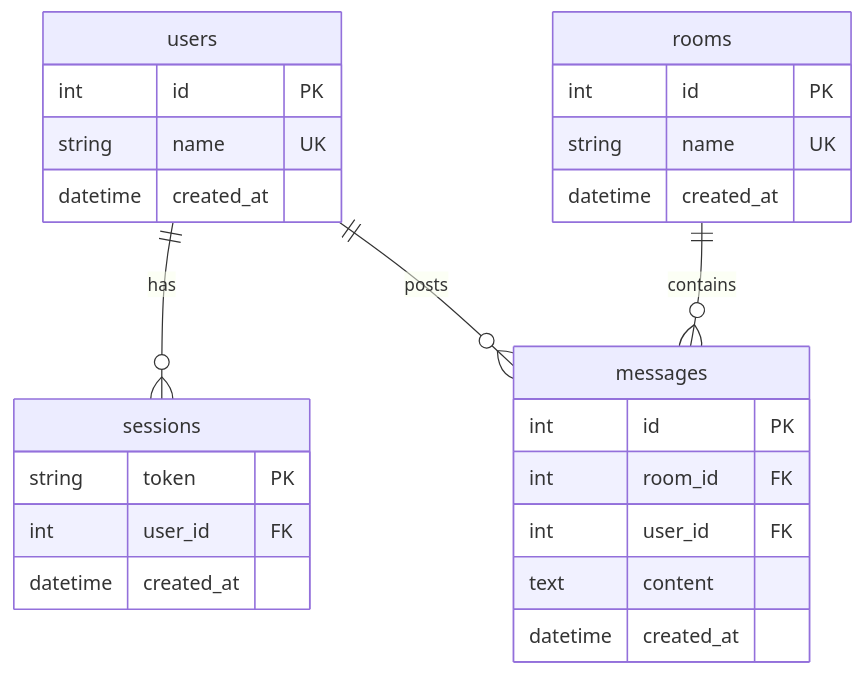
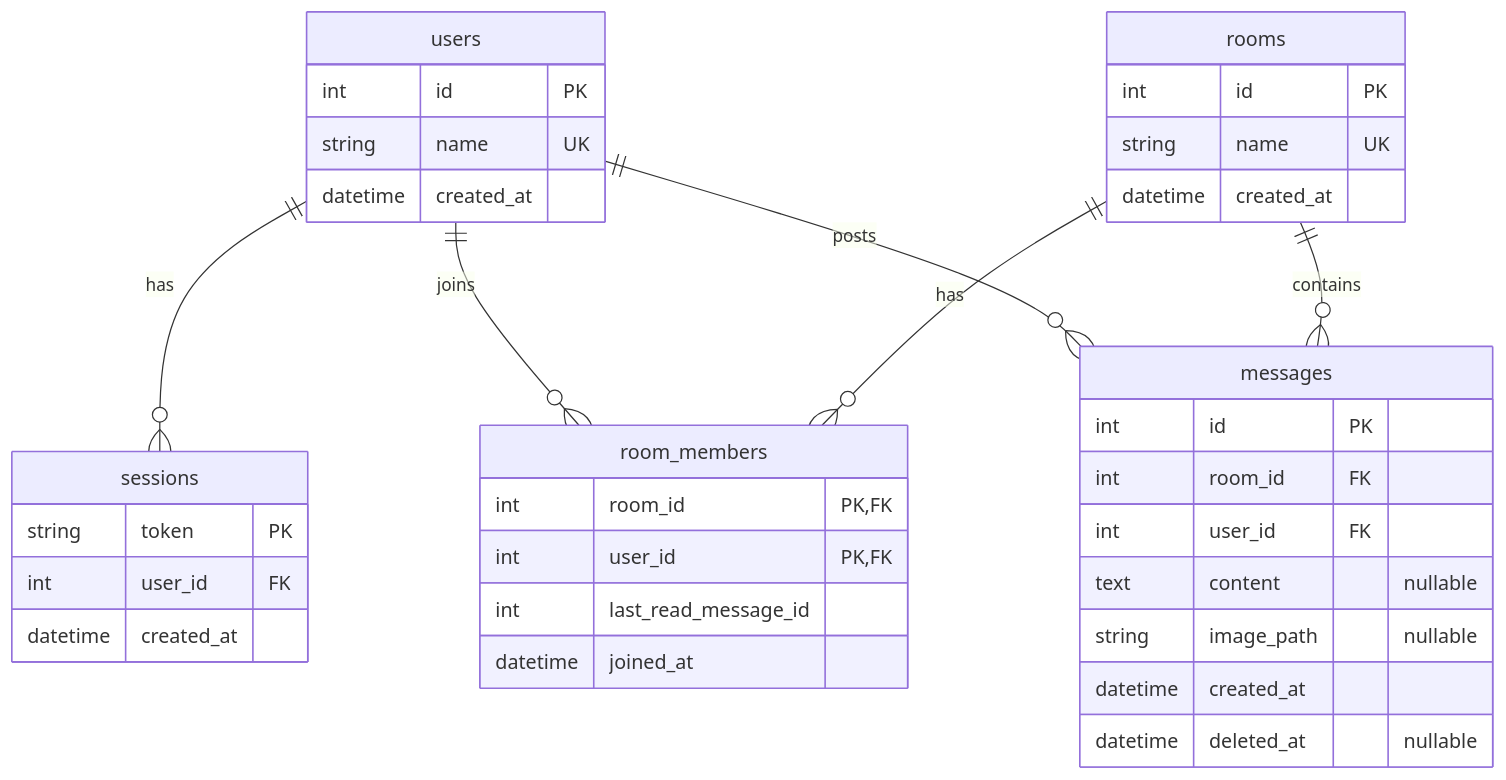
One commit to kakeru64-wq/Simple-Chat-App changed the diagram in README.md. Above: the diagram before and after it, drawn with Mermaid. The commit also changed other lines of this file and 42 other files, not shown here.

First line of the commit message:
Add membership, unread counts, message deletion and image messages

````diff
--- a/README.md
+++ b/README.md
@@ -119,29 +137,39 @@
 ```mermaid
 erDiagram
     users ||--o{ sessions : has
+    users ||--o{ room_members : joins
+    rooms ||--o{ room_members : has
     users ||--o{ messages : posts
     rooms ||--o{ messages : contains
 
     users {
         int id PK
         string name UK
         datetime created_at
     }
     sessions {
         string token PK
         int user_id FK
         datetime created_at
     }
     rooms {
         int id PK
         string name UK
         datetime created_at
     }
+    room_members {
+        int room_id PK, FK
+        int user_id PK, FK
+        int last_read_message_id
+        datetime joined_at
+    }
     messages {
         int id PK
         int room_id FK
         int user_id FK
-        text content
+        text content "nullable"
+        string image_path "nullable"
         datetime created_at
+        datetime deleted_at "nullable"
     }
 ```
````
